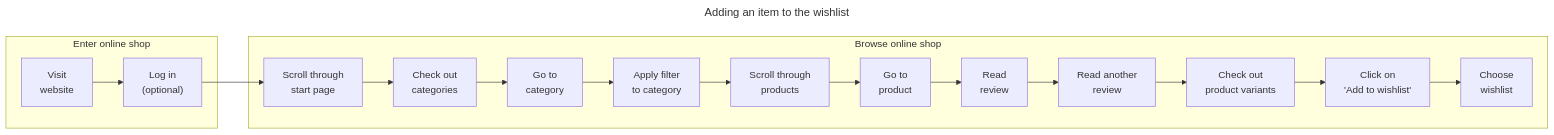
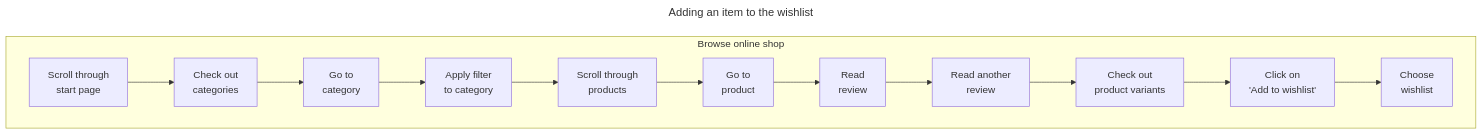
Before and after one commit to qw3ry/misarch-docs: the diagram in image-sources/diagrams/user-journeys/journey-adding-to-wishlist.mmd, drawn with Mermaid. The commit also changed 32 other files, not shown here.

Commit message:
Removed login overhead from the user-journey diagrams

```diff
--- a/image-sources/diagrams/user-journeys/journey-adding-to-wishlist.mmd
+++ b/image-sources/diagrams/user-journeys/journey-adding-to-wishlist.mmd
@@ -1,22 +1,19 @@
 ---
 title: Adding an item to the wishlist
 ---
 flowchart LR
-    subgraph Enter online shop
-        A["Visit\nwebsite"]
-        B["Log in\n(optional)"]
-    end
     subgraph Browse online shop
+        direction LR
         C["Scroll through\nstart page"]
         D["Check out\ncategories"]
         E["Go to\ncategory"]
         F["Apply filter\nto category"]
         G["Scroll through\nproducts"]
         H["Go to\nproduct"]
         I["Read\nreview"]
         J["Read another\nreview"]
         K["Check out\nproduct variants"]
         L["Click on\n'Add to wishlist'"]
         M["Choose\nwishlist"]
     end
-    A --> B --> C --> D --> E --> F --> G --> H --> I --> J --> K --> L --> M
+    C --> D --> E --> F --> G --> H --> I --> J --> K --> L --> M
```
